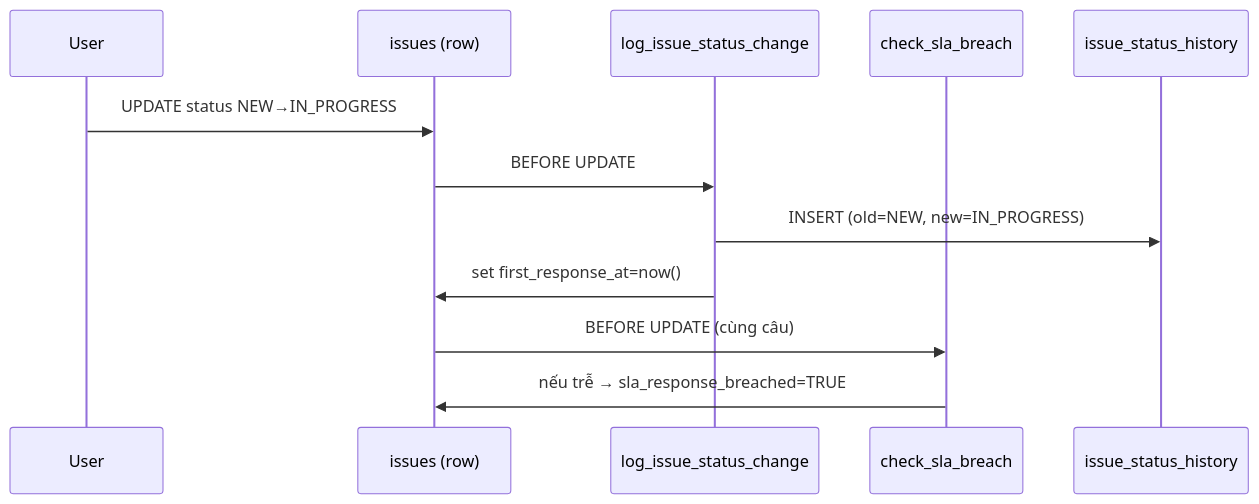
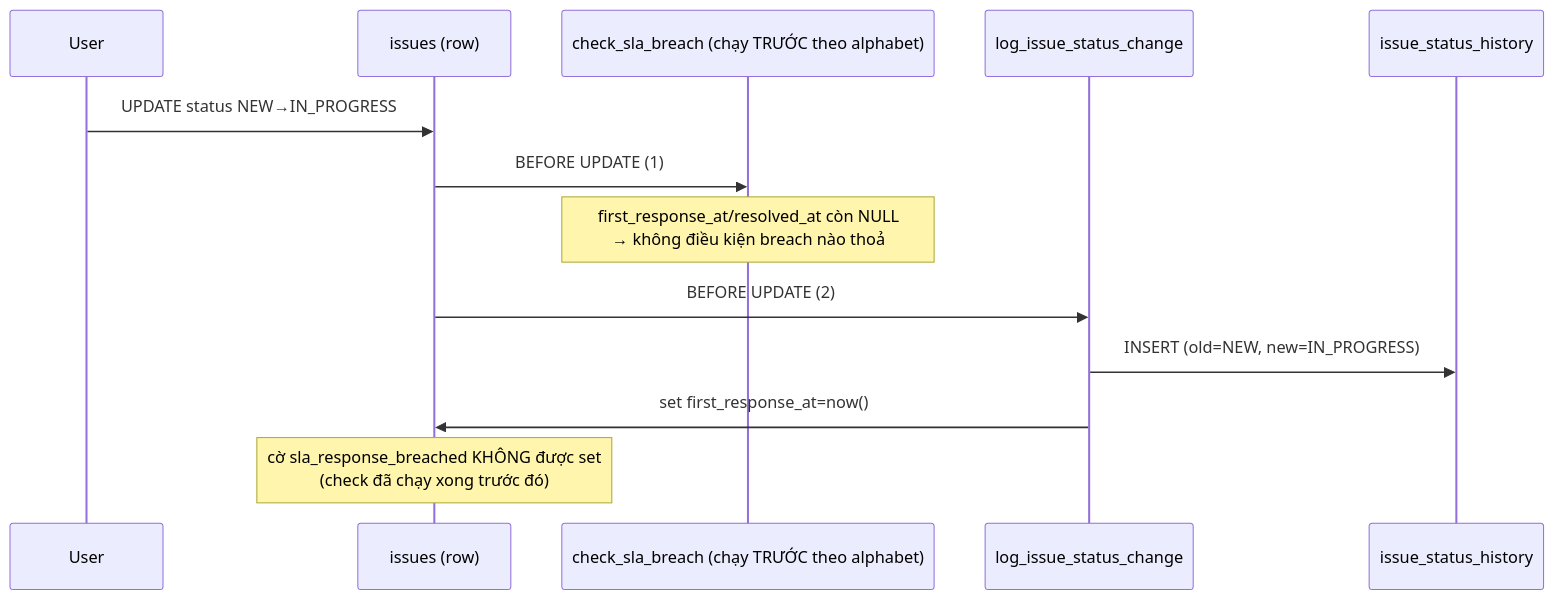
One commit to zxGreenxz/whiteboard-ihomecrm changed the third of 4 diagrams in docs/he-thong/11-cong-viec-su-co.md. Above: the diagram before and after it, drawn with Mermaid. The commit also changed other lines of this file and 17 other files, not shown here.

````diff
--- a/docs/he-thong/11-cong-viec-su-co.md
+++ b/docs/he-thong/11-cong-viec-su-co.md
@@ -225,14 +232,15 @@
 ```mermaid
 sequenceDiagram
     participant U as User
     participant ISS as issues (row)
-    participant T1 as log_issue_status_change
-    participant T2 as check_sla_breach
+    participant T1 as check_sla_breach (chạy TRƯỚC theo alphabet)
+    participant T2 as log_issue_status_change
     participant H as issue_status_history
     U->>ISS: UPDATE status NEW→IN_PROGRESS
-    ISS->>T1: BEFORE UPDATE
-    T1->>H: INSERT (old=NEW, new=IN_PROGRESS)
-    T1->>ISS: set first_response_at=now()
-    ISS->>T2: BEFORE UPDATE (cùng câu)
-    T2->>ISS: nếu trễ → sla_response_breached=TRUE
+    ISS->>T1: BEFORE UPDATE (1)
+    Note over T1: first_response_at/resolved_at còn NULL<br/>→ không điều kiện breach nào thoả
+    ISS->>T2: BEFORE UPDATE (2)
+    T2->>H: INSERT (old=NEW, new=IN_PROGRESS)
+    T2->>ISS: set first_response_at=now()
+    Note over ISS: cờ sla_response_breached KHÔNG được set<br/>(check đã chạy xong trước đó)
 ```
````
